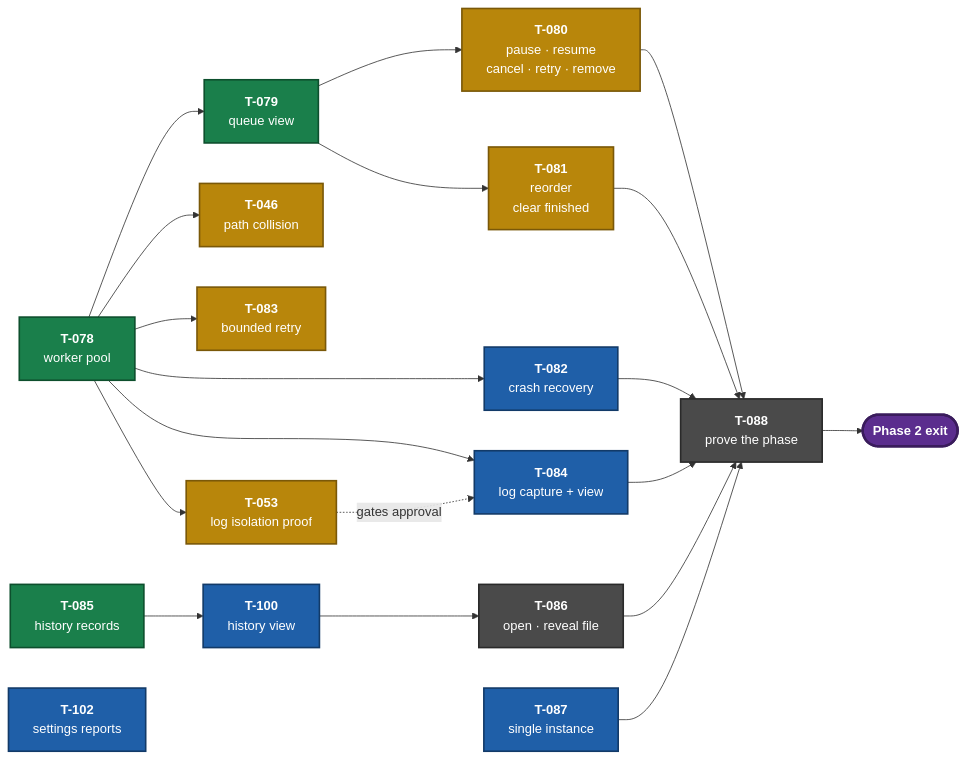
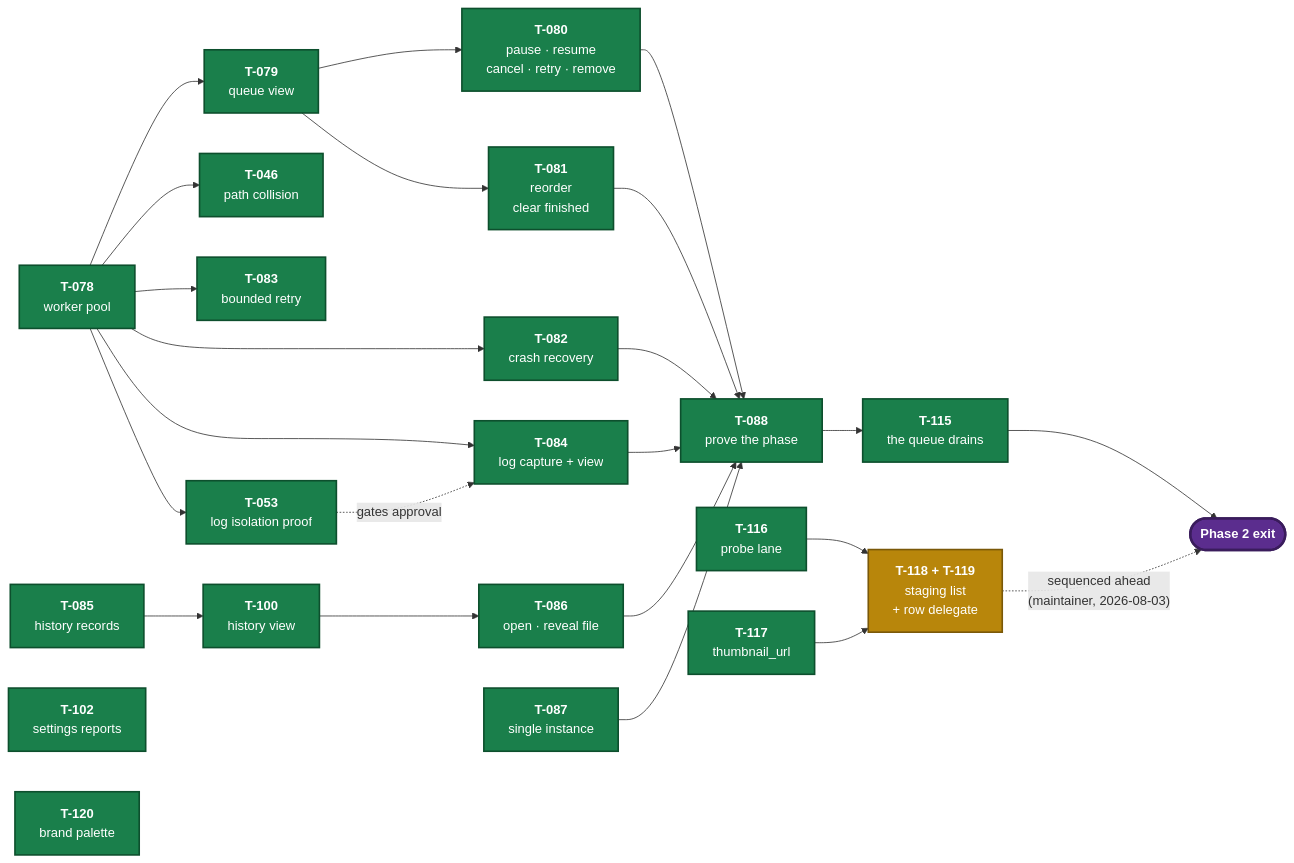
Before and after one commit to kottmans/tracks-and-trails: the diagram in ai/IMPLEMENTATION_PLAN.md, drawn with Mermaid. The commit also changed other lines of this file, not shown here.

````diff
--- a/ai/IMPLEMENTATION_PLAN.md
+++ b/ai/IMPLEMENTATION_PLAN.md
@@ -195,48 +206,57 @@
 ```mermaid
 flowchart LR
     classDef approved fill:#1a7f4b,stroke:#0d4f2d,stroke-width:2px,color:#fff
     classDef review   fill:#b8860b,stroke:#7a5808,stroke-width:2px,color:#fff
     classDef ready    fill:#1f5fa8,stroke:#123a68,stroke-width:2px,color:#fff
     classDef proposed fill:#4a4a4a,stroke:#2a2a2a,stroke-width:2px,color:#fff
     classDef exit     fill:#5b2d8e,stroke:#3a1c5c,stroke-width:3px,color:#fff
 
     T078["<b>T-078</b><br/>worker pool"]:::approved
     T079["<b>T-079</b><br/>queue view"]:::approved
     T085["<b>T-085</b><br/>history records"]:::approved
+    T080["<b>T-080</b><br/>pause · resume<br/>cancel · retry · remove"]:::approved
+    T081["<b>T-081</b><br/>reorder<br/>clear finished"]:::approved
+    T046["<b>T-046</b><br/>path collision"]:::approved
+    T083["<b>T-083</b><br/>bounded retry"]:::approved
+    T053["<b>T-053</b><br/>log isolation proof"]:::approved
+    T082["<b>T-082</b><br/>crash recovery"]:::approved
+    T084["<b>T-084</b><br/>log capture + view"]:::approved
+    T100["<b>T-100</b><br/>history view"]:::approved
+    T102["<b>T-102</b><br/>settings reports"]:::approved
+    T087["<b>T-087</b><br/>single instance"]:::approved
+    T086["<b>T-086</b><br/>open · reveal file"]:::approved
+    T088["<b>T-088</b><br/>prove the phase"]:::approved
+    T115["<b>T-115</b><br/>the queue drains"]:::approved
 
-    T080["<b>T-080</b><br/>pause · resume<br/>cancel · retry · remove"]:::review
-    T081["<b>T-081</b><br/>reorder<br/>clear finished"]:::review
-    T046["<b>T-046</b><br/>path collision"]:::review
-    T083["<b>T-083</b><br/>bounded retry"]:::review
-    T053["<b>T-053</b><br/>log isolation proof"]:::review
+    T116["<b>T-116</b><br/>probe lane"]:::approved
+    T117["<b>T-117</b><br/>thumbnail_url"]:::approved
+    T120["<b>T-120</b><br/>brand palette"]:::approved
+    T118["<b>T-118 + T-119</b><br/>staging list<br/>+ row delegate"]:::review
 
-    T082["<b>T-082</b><br/>crash recovery"]:::ready
-    T084["<b>T-084</b><br/>log capture + view"]:::ready
-    T100["<b>T-100</b><br/>history view"]:::ready
-    T102["<b>T-102</b><br/>settings reports"]:::ready
-    T087["<b>T-087</b><br/>single instance"]:::ready
-
-    T086["<b>T-086</b><br/>open · reveal file"]:::proposed
-    T088["<b>T-088</b><br/>prove the phase"]:::proposed
     EXIT(["<b>Phase 2 exit</b>"]):::exit
 
     T078 --> T079
     T078 --> T046
     T078 --> T083
     T078 --> T082
     T078 --> T084
     T078 --> T053
     T079 --> T080
     T079 --> T081
     T085 --> T100
     T100 --> T086
     T053 -. gates approval .-> T084
 
     T080 --> T088
     T081 --> T088
     T082 --> T088
     T084 --> T088
     T086 --> T088
     T087 --> T088
-    T088 --> EXIT
+    T088 --> T115
+    T115 --> EXIT
+
+    T116 --> T118
+    T117 --> T118
+    T118 -. "sequenced ahead<br/>(maintainer, 2026-08-03)" .-> EXIT
 ```
````
